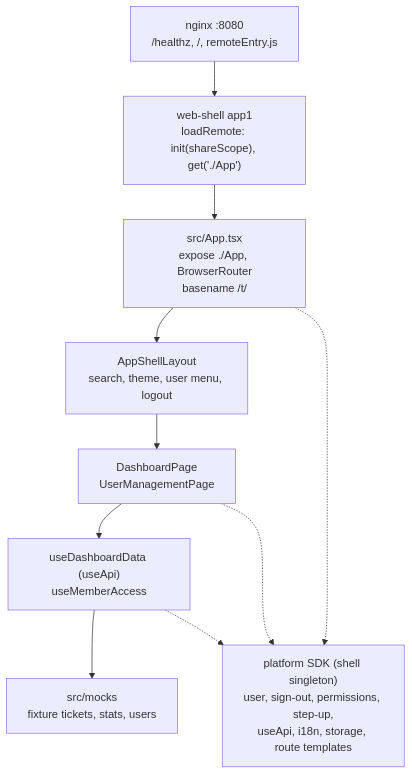
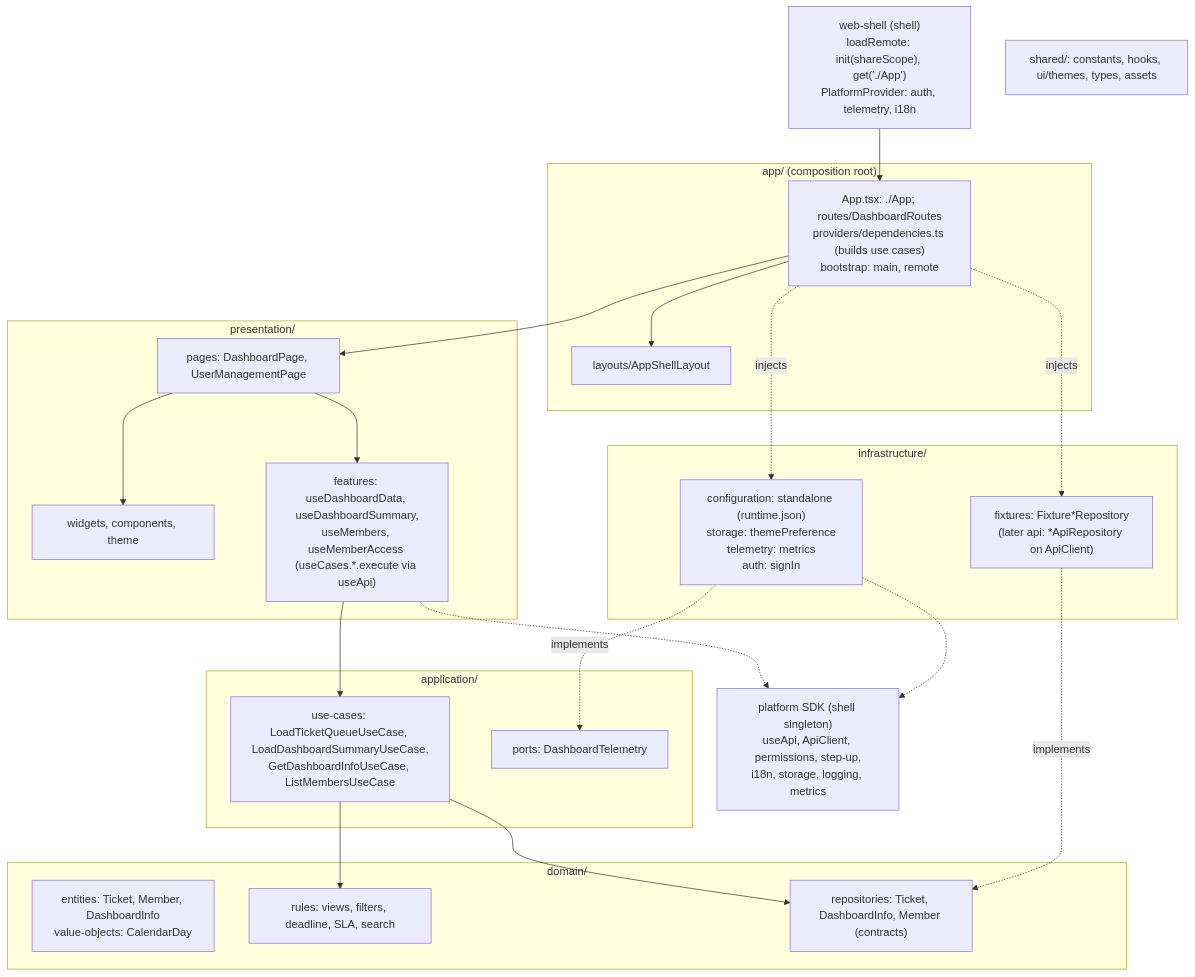
One commit to BCBP-SOLUTIONS-FZC-LLC/mfe-dashboard changed the diagram in docs/architecture/mermaid/layer-model.mmd. Above: the diagram before and after it, drawn with Mermaid. The commit also changed 149 other files, not shown here.

First line of the commit message:
Refactor to the Frontend Architecture Constitution: layers, use cases, repositories, runtime-only config (#32)

```diff
--- a/docs/architecture/mermaid/layer-model.mmd
+++ b/docs/architecture/mermaid/layer-model.mmd
@@ -1,19 +1,41 @@
 flowchart TB
-    host["web-shell app1\nloadRemote: init(shareScope), get('./App')"]
-    sdk["platform SDK (shell singleton)\nuser, sign-out, permissions, step-up,\nuseApi, i18n, storage, route templates"]
-    app["src/App.tsx\nexpose ./App, BrowserRouter\nbasename /t/<slug>"]
-    shell["AppShellLayout\nsearch, theme, user menu, logout"]
-    pages["DashboardPage\nUserManagementPage"]
-    hooks["useDashboardData (useApi)\nuseMemberAccess"]
-    mocks["src/mocks\nfixture tickets, stats, users"]
-    nginx["nginx :8080\n/healthz, /, remoteEntry.js"]
+    host["web-shell (shell)\nloadRemote: init(shareScope), get('./App')\nPlatformProvider: auth, telemetry, i18n"]
+    sdk["platform SDK (shell singleton)\nuseApi, ApiClient, permissions, step-up,\ni18n, storage, logging, metrics"]
+    subgraph app["app/ (composition root)"]
+        appRoot["App.tsx: ./App; routes/DashboardRoutes\nproviders/dependencies.ts (builds use cases)\nbootstrap: main, remote"]
+        layout["layouts/AppShellLayout"]
+    end
+    subgraph presentation["presentation/"]
+        pages["pages: DashboardPage, UserManagementPage"]
+        widgets["widgets, components, theme"]
+        features["features: useDashboardData, useDashboardSummary,\nuseMembers, useMemberAccess (useCases.*.execute via useApi)"]
+    end
+    subgraph application["application/"]
+        usecases["use-cases: LoadTicketQueueUseCase, LoadDashboardSummaryUseCase,\nGetDashboardInfoUseCase, ListMembersUseCase"]
+        ports["ports: DashboardTelemetry"]
+    end
+    subgraph domain["domain/"]
+        entities["entities: Ticket, Member, DashboardInfo\nvalue-objects: CalendarDay"]
+        rules["rules: views, filters, deadline, SLA, search"]
+        repos["repositories: Ticket, DashboardInfo, Member (contracts)"]
+    end
+    subgraph infrastructure["infrastructure/"]
+        fixtures["fixtures: Fixture*Repository\n(later api: *ApiRepository on ApiClient)"]
+        infraOther["configuration: standalone (runtime.json)\nstorage: themePreference\ntelemetry: metrics\nauth: signIn"]
+    end
+    shared["shared/: constants, hooks, ui/themes, types, assets"]
 
-    host --> app
-    app --> shell
-    shell --> pages
-    pages --> hooks
-    hooks --> mocks
-    app -.-> sdk
-    pages -.-> sdk
-    hooks -.-> sdk
-    nginx --> host
+    host --> appRoot
+    appRoot --> layout
+    appRoot --> pages
+    pages --> widgets
+    pages --> features
+    features --> usecases
+    usecases --> rules
+    usecases --> repos
+    fixtures -. implements .-> repos
+    infraOther -. implements .-> ports
+    appRoot -. injects .-> fixtures
+    appRoot -. injects .-> infraOther
+    features -.-> sdk
+    infraOther -.-> sdk
```
